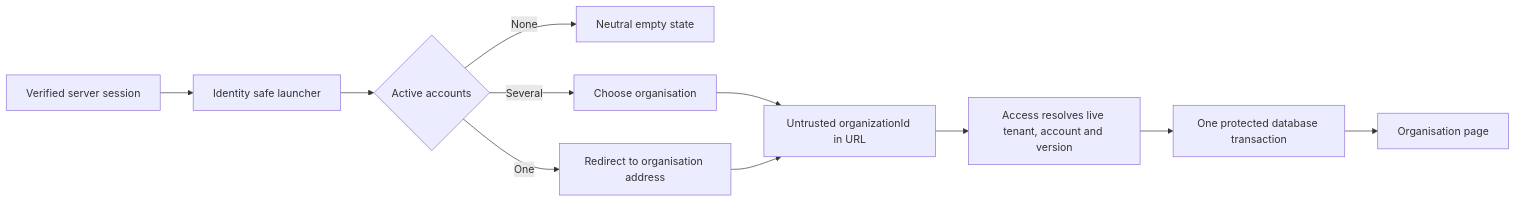
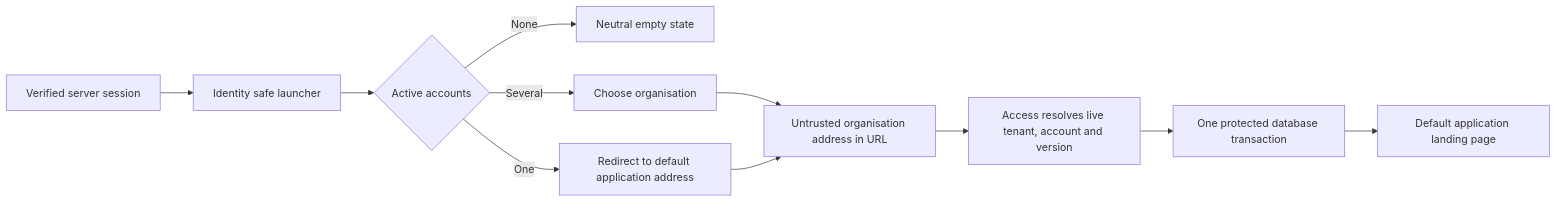
Before and after one commit to Abzum-NZ/Abzum-Vortex: the fifth of 5 diagrams in docs/specification/02-people-organisations-and-sign-in.md, drawn with Mermaid. The commit also changed other lines of this file and 3 other files, not shown here.

````diff
--- a/docs/specification/02-people-organisations-and-sign-in.md
+++ b/docs/specification/02-people-organisations-and-sign-in.md
@@ -233,13 +233,13 @@
 ```mermaid
 flowchart LR
     S[Verified server session] --> L[Identity safe launcher]
     L --> Z{Active accounts}
     Z -- None --> E[Neutral empty state]
-    Z -- One --> R[Redirect to organisation address]
+    Z -- One --> R[Redirect to default application address]
     Z -- Several --> C[Choose organisation]
-    C --> U[Untrusted organizationId in URL]
+    C --> U[Untrusted organisation address in URL]
     R --> U
     U --> A[Access resolves live tenant, account and version]
     A --> T[One protected database transaction]
-    T --> P[Organisation page]
+    T --> P[Default application landing page]
 ```
````
